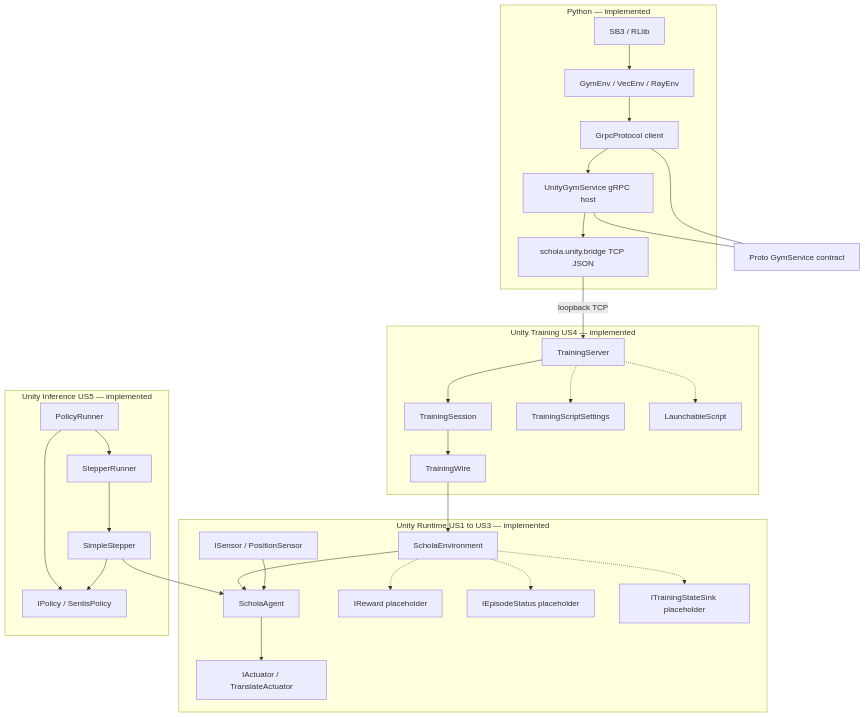
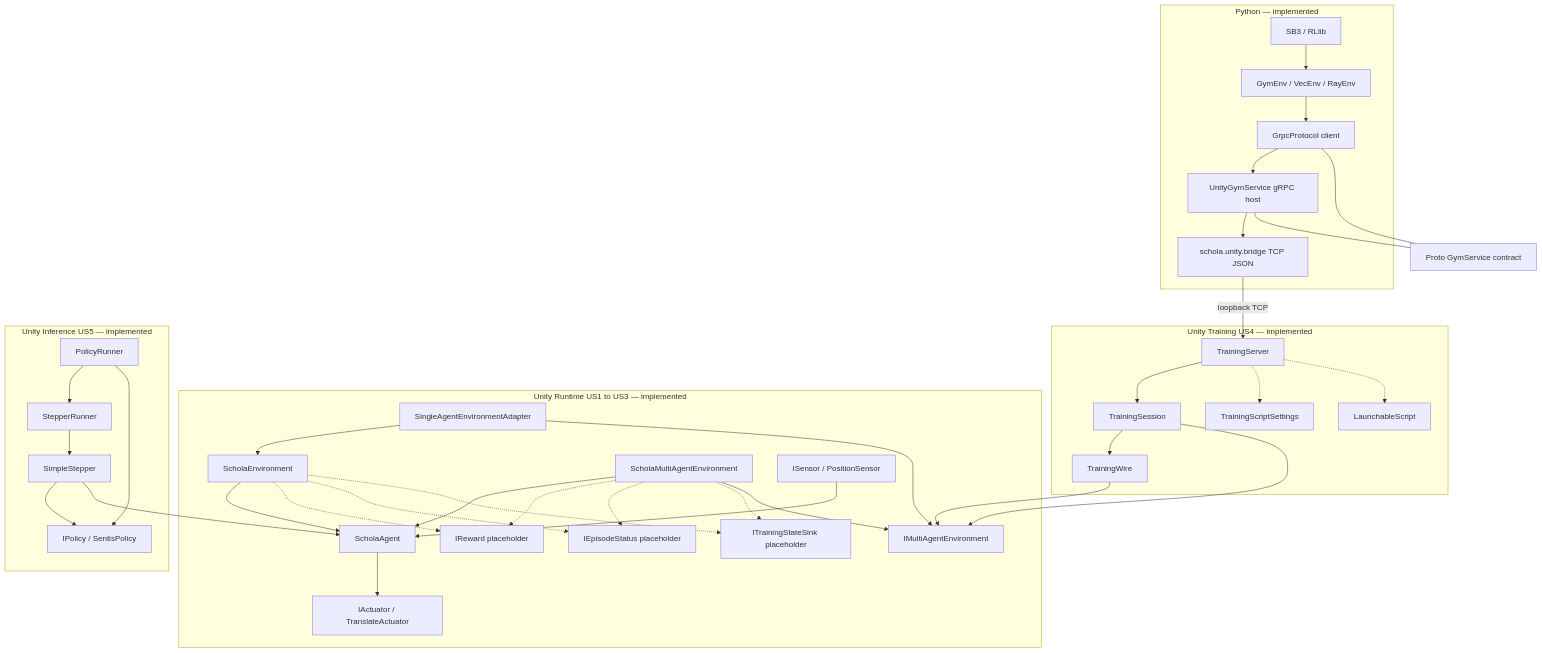
Before and after one commit to csc301-2026-f/11-AMD-Schola: the second of 17 diagrams in Unity/com.amd.schola/Documentation~/architecture/us1-us4-uml.md, drawn with Mermaid. The commit also changed other lines of this file, not shown here.

Commit message:
chore(us1-us4-uml.md): update UML diagram to reflect Multi Agent Environment functionality

````diff
--- a/Unity/com.amd.schola/Documentation~/architecture/us1-us4-uml.md
+++ b/Unity/com.amd.schola/Documentation~/architecture/us1-us4-uml.md
@@ -68,55 +73,66 @@
 ```mermaid
 flowchart TB
   subgraph pythonSide ["Python — implemented"]
     trainers["SB3 / RLlib"]
     gymEnv["GymEnv / VecEnv / RayEnv"]
     grpcClient["GrpcProtocol client"]
     gymService["UnityGymService gRPC host"]
     bridge["schola.unity.bridge TCP JSON"]
     trainers --> gymEnv --> grpcClient --> gymService --> bridge
   end
 
   subgraph unityTraining ["Unity Training US4 — implemented"]
     server["TrainingServer"]
     session["TrainingSession"]
     wire["TrainingWire"]
     scriptSettings["TrainingScriptSettings"]
     launchableScript["LaunchableScript"]
     server --> session --> wire
     server -.-> scriptSettings
     server -.-> launchableScript
   end
 
   subgraph unityRuntime ["Unity Runtime US1 to US3 — implemented"]
     env["ScholaEnvironment"]
+    multiEnv["ScholaMultiAgentEnvironment"]
+    multiIface["IMultiAgentEnvironment"]
+    adapter["SingleAgentEnvironmentAdapter"]
     agent["ScholaAgent"]
     sensors["ISensor / PositionSensor"]
     actuators["IActuator / TranslateActuator"]
     reward["IReward placeholder"]
     status["IEpisodeStatus placeholder"]
     sink["ITrainingStateSink placeholder"]
     env --> agent
+    multiEnv --> agent
+    multiEnv -.-> reward
+    multiEnv -.-> status
+    multiEnv -.-> sink
     sensors --> agent
     agent --> actuators
     env -.-> reward
     env -.-> status
     env -.-> sink
+    adapter --> env
+    adapter --> multiIface
+    multiEnv --> multiIface
   end
 
   subgraph unityInference ["Unity Inference US5 — implemented"]
     policyRunner["PolicyRunner"]
     runner["StepperRunner"]
     stepper["SimpleStepper"]
     policy["IPolicy / SentisPolicy"]
     policyRunner --> runner --> stepper
     policyRunner --> policy
     stepper --> policy
   end
 
   proto["Proto GymService contract"]
   bridge -->|"loopback TCP"| server
-  wire --> env
+  wire --> multiIface
+  session --> multiIface
   stepper --> agent
   gymService --- proto
   grpcClient --- proto
 ```
````
